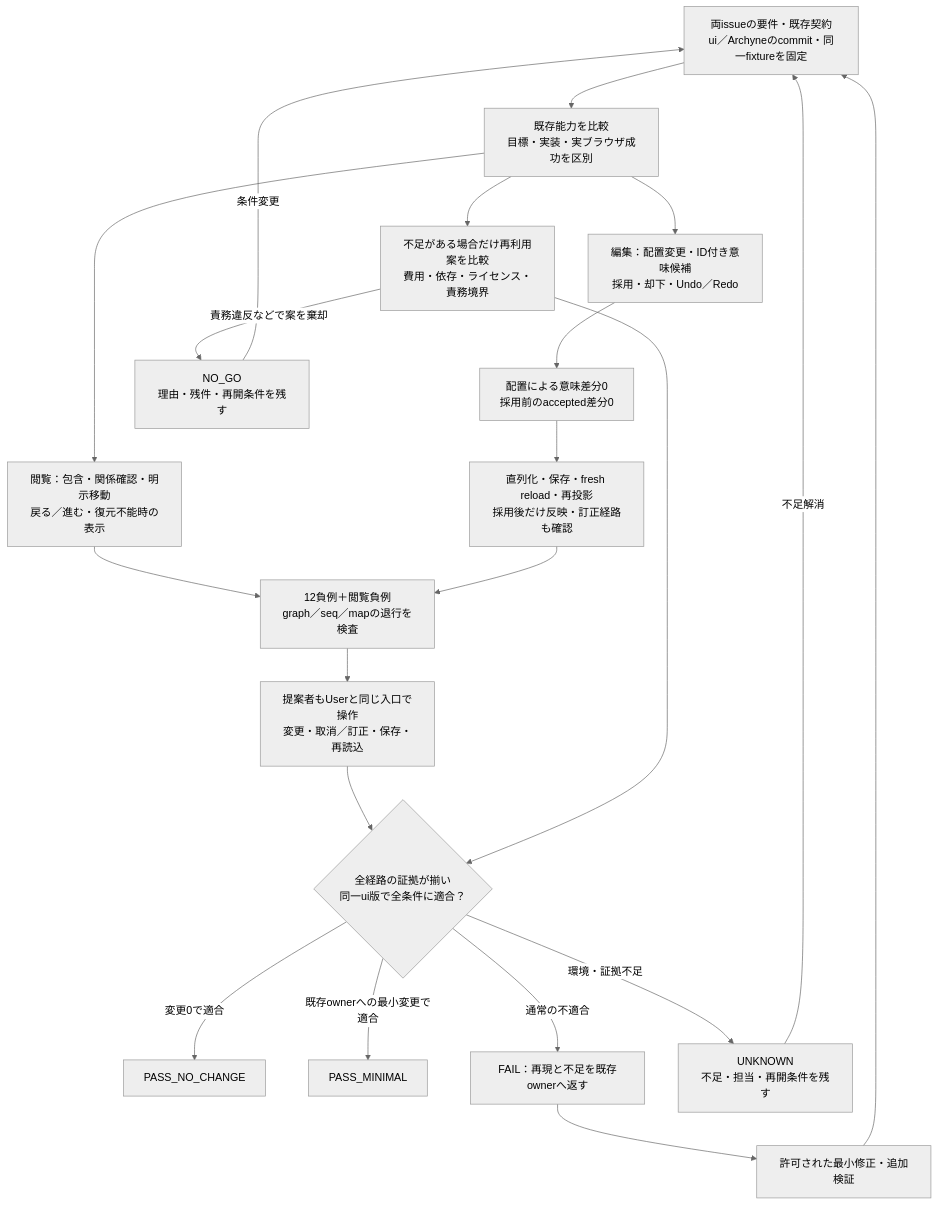
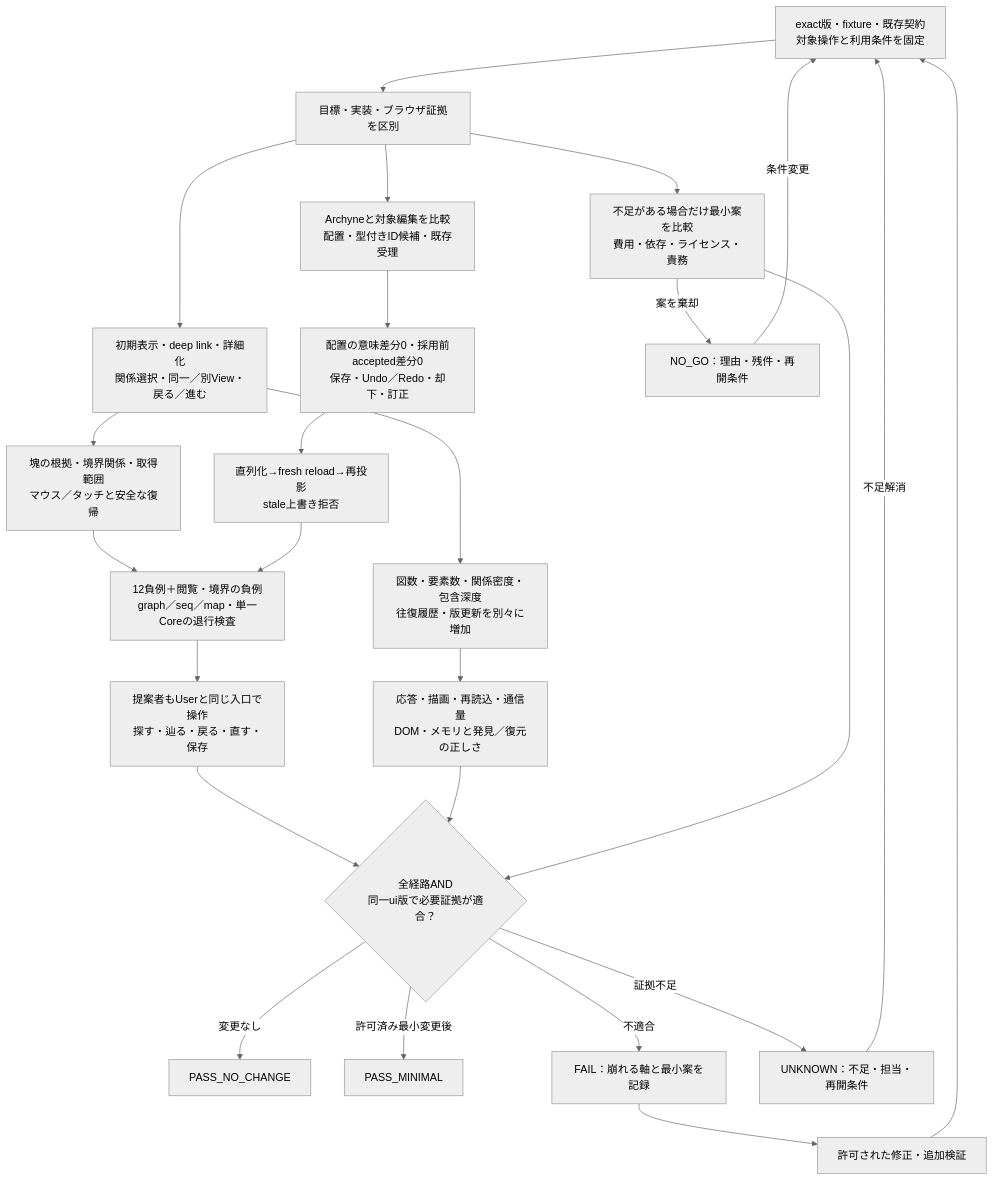
Before and after one commit to roccho-dev/ui: the second of 2 diagrams in docs/proposals/semantic-map-ux-verification-closure-345-397.md, drawn with Mermaid (neutral theme). The commit also changed other lines of this file, not shown here.

Commit message:
docs: specify initial diagram chunks and concrete navigation UX

````diff
--- a/docs/proposals/semantic-map-ux-verification-closure-345-397.md
+++ b/docs/proposals/semantic-map-ux-verification-closure-345-397.md
@@ -66,24 +114,27 @@
 ```mermaid
 flowchart TD
-    A["両issueの要件・既存契約<br/>ui／Archyneのcommit・同一fixtureを固定"]
-    A --> B["既存能力を比較<br/>目標・実装・実ブラウザ成功を区別"]
-    B --> C["閲覧：包含・関係確認・明示移動<br/>戻る／進む・復元不能時の表示"]
-    B --> D["編集：配置変更・ID付き意味候補<br/>採用・却下・Undo／Redo"]
-    D --> E["配置による意味差分0<br/>採用前のaccepted差分0"]
-    E --> F["直列化・保存・fresh reload・再投影<br/>採用後だけ反映・訂正経路も確認"]
-    C --> G["12負例＋閲覧負例<br/>graph／seq／mapの退行を検査"]
+    A["exact版・fixture・既存契約<br/>対象操作と利用条件を固定"] --> B["目標・実装・ブラウザ証拠を区別"]
+    B --> N["初期表示・deep link・詳細化<br/>関係選択・同一／別View・戻る／進む"]
+    B --> E["Archyneと対象編集を比較<br/>配置・型付きID候補・既存受理"]
+    N --> V["塊の根拠・境界関係・取得範囲<br/>マウス／タッチと安全な復帰"]
+    E --> R["配置の意味差分0・採用前accepted差分0<br/>保存・Undo／Redo・却下・訂正"]
+    R --> F["直列化→fresh reload→再投影<br/>stale上書き拒否"]
+    V --> G["12負例＋閲覧・境界の負例<br/>graph／seq／map・単一Coreの退行検査"]
     F --> G
-    B --> H["不足がある場合だけ再利用案を比較<br/>費用・依存・ライセンス・責務境界"]
-    G --> I["提案者もUserと同じ入口で操作<br/>変更・取消／訂正・保存・再読込"]
-    I --> J{"全経路の証拠が揃い<br/>同一ui版で全条件に適合？"}
-    H --> J
-    J -->|変更0で適合| P["PASS_NO_CHANGE"]
-    J -->|既存ownerへの最小変更で適合| Q["PASS_MINIMAL"]
-    J -->|通常の不適合| R["FAIL：再現と不足を既存ownerへ返す"]
-    R --> S["許可された最小修正・追加検証"]
-    S --> A
-    J -->|環境・証拠不足| T["UNKNOWN<br/>不足・担当・再開条件を残す"]
-    T -->|不足解消| A
-    H -->|責務違反などで案を棄却| V["NO_GO<br/>理由・残件・再開条件を残す"]
-    V -->|条件変更| A
+    N --> S["図数・要素数・関係密度・包含深度<br/>往復履歴・版更新を別々に増加"]
+    S --> M["応答・描画・再読込・通信量<br/>DOM・メモリと発見／復元の正しさ"]
+    B --> C["不足がある場合だけ最小案を比較<br/>費用・依存・ライセンス・責務"]
+    G --> I["提案者もUserと同じ入口で操作<br/>探す・辿る・戻る・直す・保存"]
+    I --> J{"全経路AND<br/>同一ui版で必要証拠が適合？"}
+    M --> J
+    C --> J
+    J -->|変更なし| P["PASS_NO_CHANGE"]
+    J -->|許可済み最小変更後| Q["PASS_MINIMAL"]
+    J -->|不適合| FAIL["FAIL：崩れる軸と最小案を記録"]
+    FAIL --> W["許可された修正・追加検証"]
+    W --> A
+    J -->|証拠不足| U["UNKNOWN：不足・担当・再開条件"]
+    U -->|不足解消| A
+    C -->|案を棄却| NO["NO_GO：理由・残件・再開条件"]
+    NO -->|条件変更| A
 ```
````
